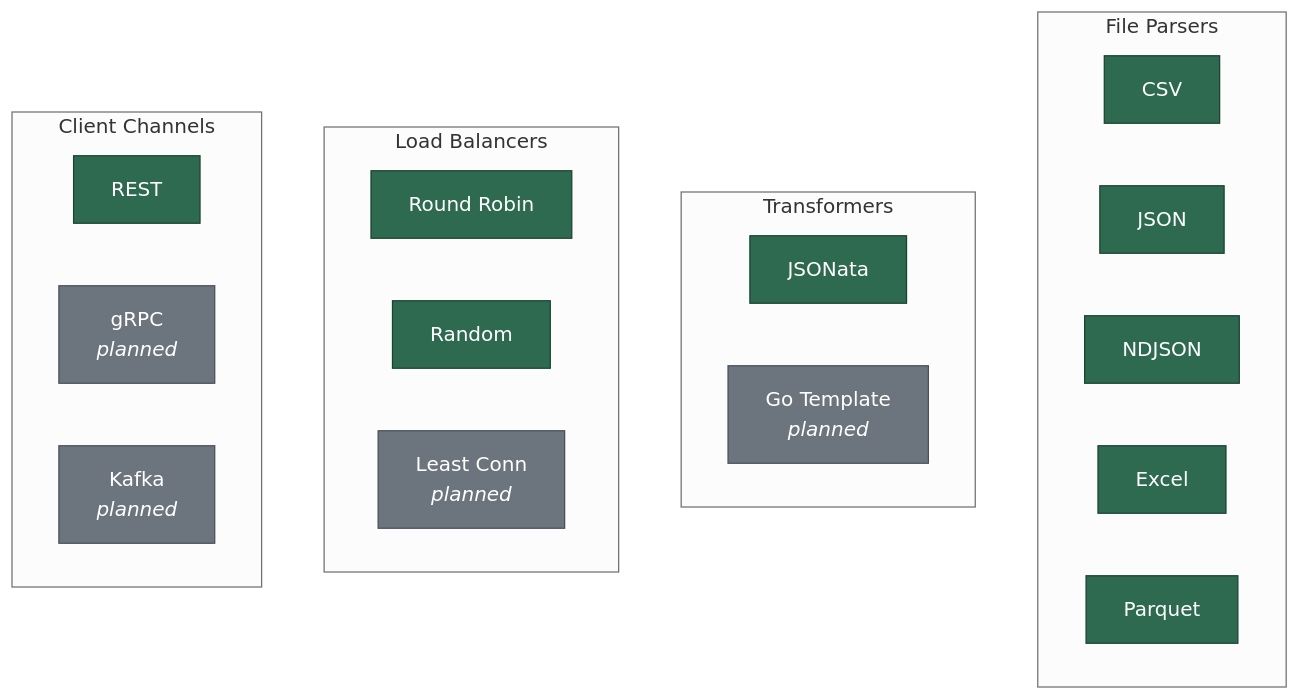
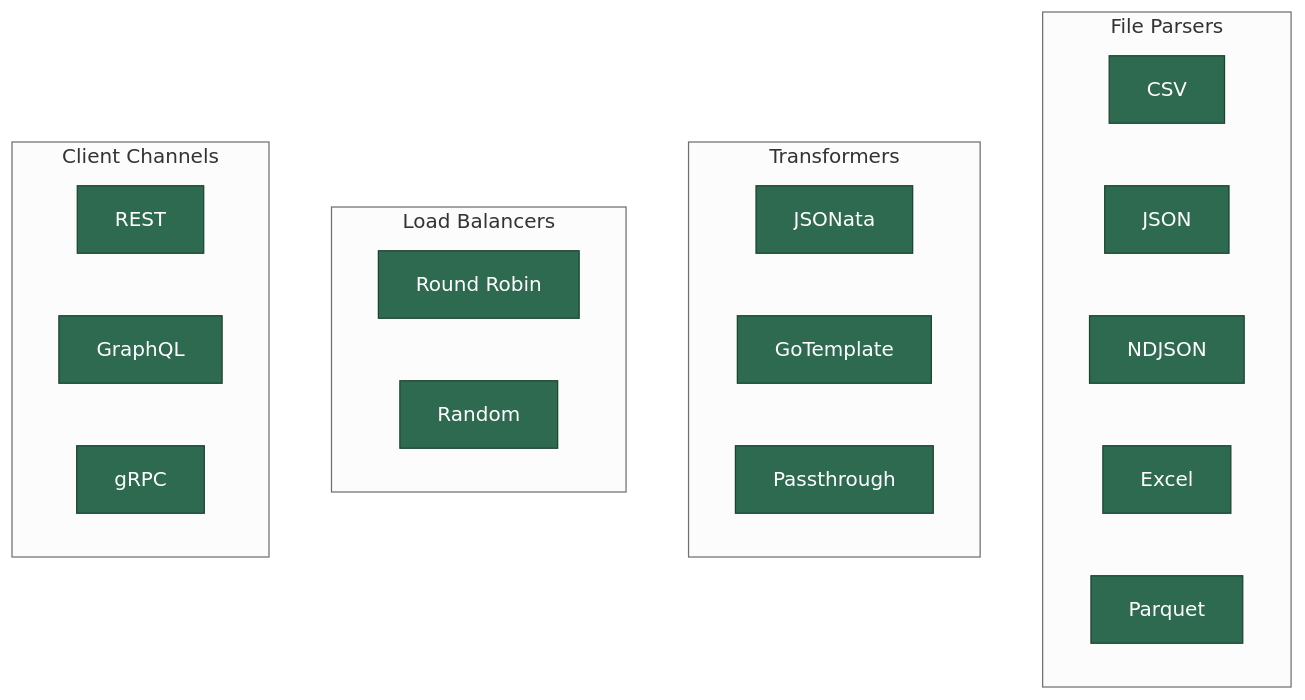
One commit to Dhi13man/bombardment-runner changed the second of 2 diagrams in README.md. Above: the diagram before and after it, drawn with Mermaid (neutral theme). The commit also changed other lines of this file and 5 other files, not shown here.

````diff
--- a/README.md
+++ b/README.md
@@ -250,44 +253,43 @@
 ```mermaid
 flowchart TD
     subgraph Parsers[File Parsers]
         CSV[CSV]
         JSON_P[JSON]
         NDJSON[NDJSON]
         EXCEL[Excel]
         PARQUET[Parquet]
     end
 
     subgraph Transformers
         JSONata[JSONata]
-        GoTpl[Go Template<br><i>planned</i>]
+        GoTpl[GoTemplate]
+        Pass[Passthrough]
     end
 
     subgraph LoadBalancers[Load Balancers]
         RR[Round Robin]
         Rand[Random]
-        LC[Least Conn<br><i>planned</i>]
     end
 
     subgraph Clients[Client Channels]
         REST[REST]
-        GRPC[gRPC<br><i>planned</i>]
-        Kafka[Kafka<br><i>planned</i>]
+        GQL[GraphQL]
+        GRPC[gRPC]
     end
 
     classDef implemented fill:#2d6a4f,stroke:#1b4332,color:#fff
-    classDef planned fill:#6c757d,stroke:#495057,color:#fff
 
     CSV:::implemented
     JSON_P:::implemented
     NDJSON:::implemented
     EXCEL:::implemented
     PARQUET:::implemented
     JSONata:::implemented
-    GoTpl:::planned
+    GoTpl:::implemented
+    Pass:::implemented
     RR:::implemented
     Rand:::implemented
-    LC:::planned
     REST:::implemented
-    GRPC:::planned
-    Kafka:::planned
+    GQL:::implemented
+    GRPC:::implemented
 ```
````
